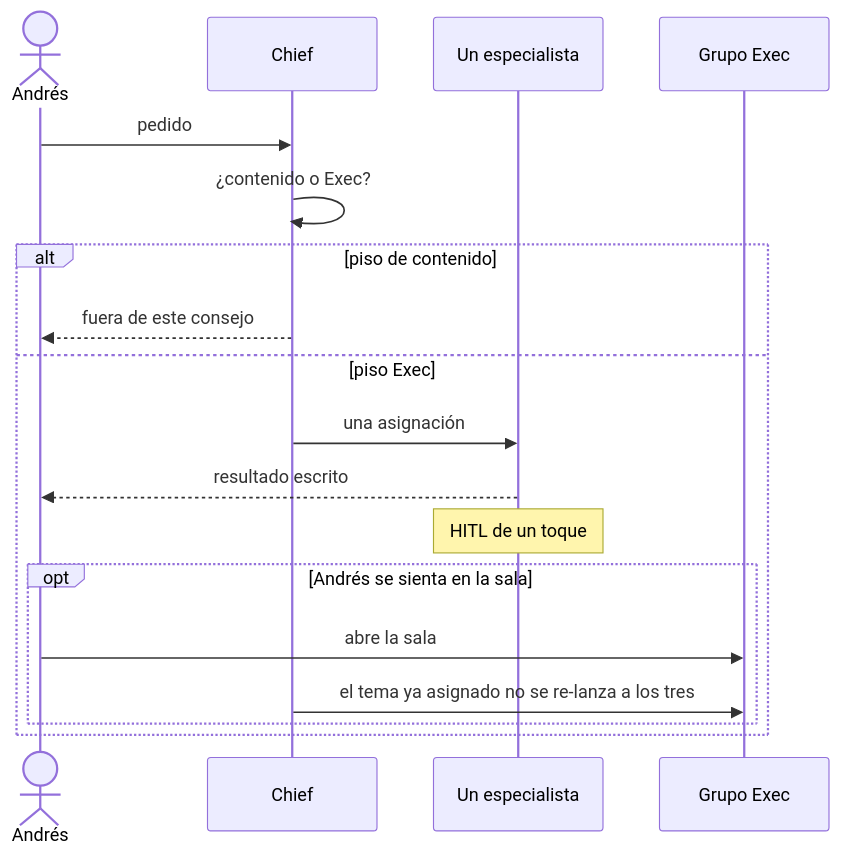
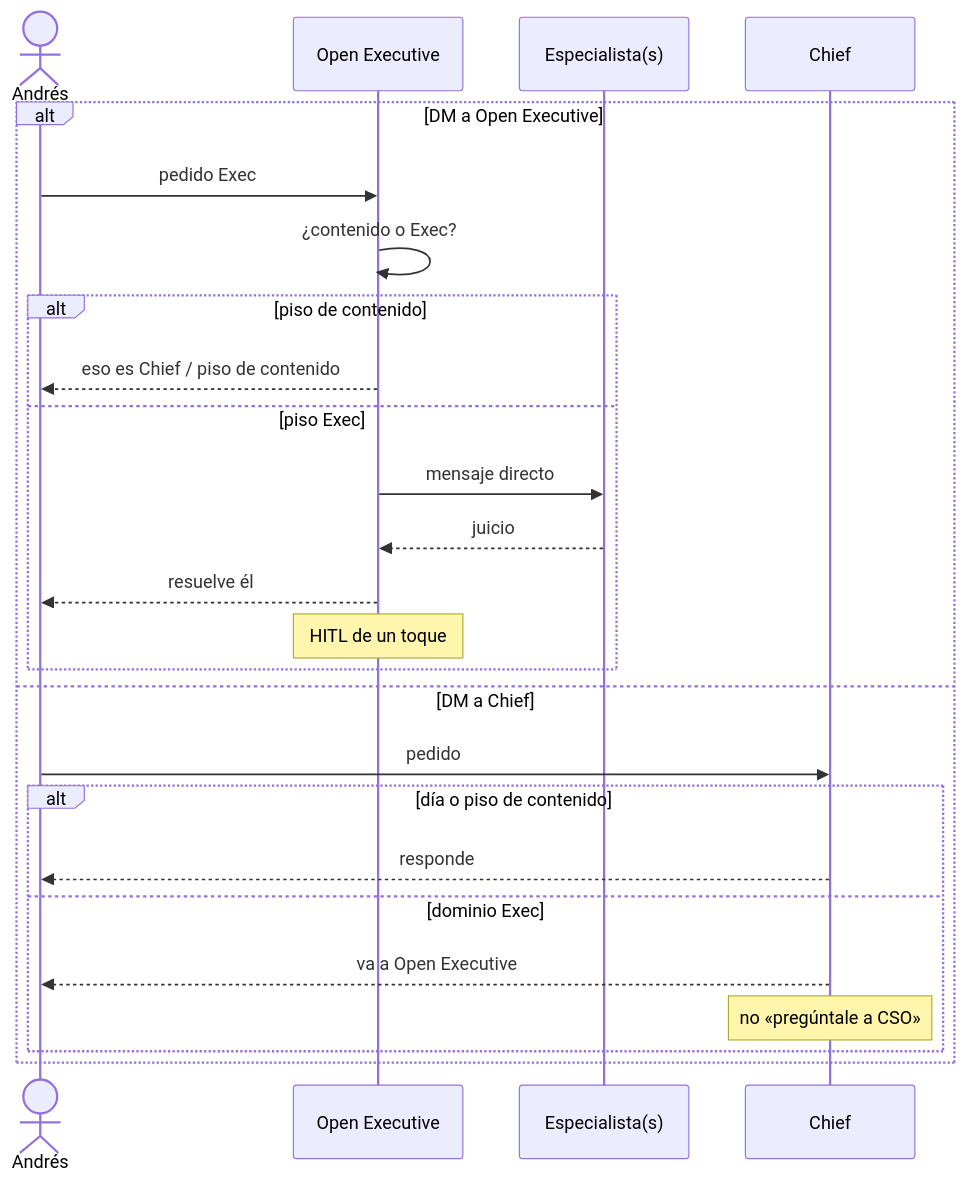
One commit to devandmus/OpenExec-Grok changed the diagram in docs/routing.md. Above: the diagram before and after it, drawn with Mermaid. The commit also changed other lines of this file and 5 other files, not shown here.

First line of the commit message:
Open Executive es la única entrada Exec: invoca por DM y resuelve.

````diff
--- a/docs/routing.md
+++ b/docs/routing.md
@@ -40,21 +47,28 @@
 ```mermaid
 sequenceDiagram
     actor Andrés
+    participant OE as Open Executive
+    participant Esp as Especialista(s)
     participant Chief
-    participant Uno as Un especialista
-    participant Exec as Grupo Exec
 
-    Andrés->>Chief: pedido
-    Chief->>Chief: ¿contenido o Exec?
-    alt piso de contenido
-        Chief-->>Andrés: fuera de este consejo
-    else piso Exec
-        Chief->>Uno: una asignación
-        Uno-->>Andrés: resultado escrito
-        Note over Uno: HITL de un toque
-        opt Andrés se sienta en la sala
-            Andrés->>Exec: abre la sala
-            Chief->>Exec: el tema ya asignado no se re-lanza a los tres
+    alt DM a Open Executive
+        Andrés->>OE: pedido Exec
+        OE->>OE: ¿contenido o Exec?
+        alt piso de contenido
+            OE-->>Andrés: eso es Chief / piso de contenido
+        else piso Exec
+            OE->>Esp: mensaje directo
+            Esp-->>OE: juicio
+            OE-->>Andrés: resuelve él
+            Note over OE: HITL de un toque
+        end
+    else DM a Chief
+        Andrés->>Chief: pedido
+        alt día o piso de contenido
+            Chief-->>Andrés: responde
+        else dominio Exec
+            Chief-->>Andrés: va a Open Executive
+            Note over Chief: no «pregúntale a CSO»
         end
     end
 ```
````
